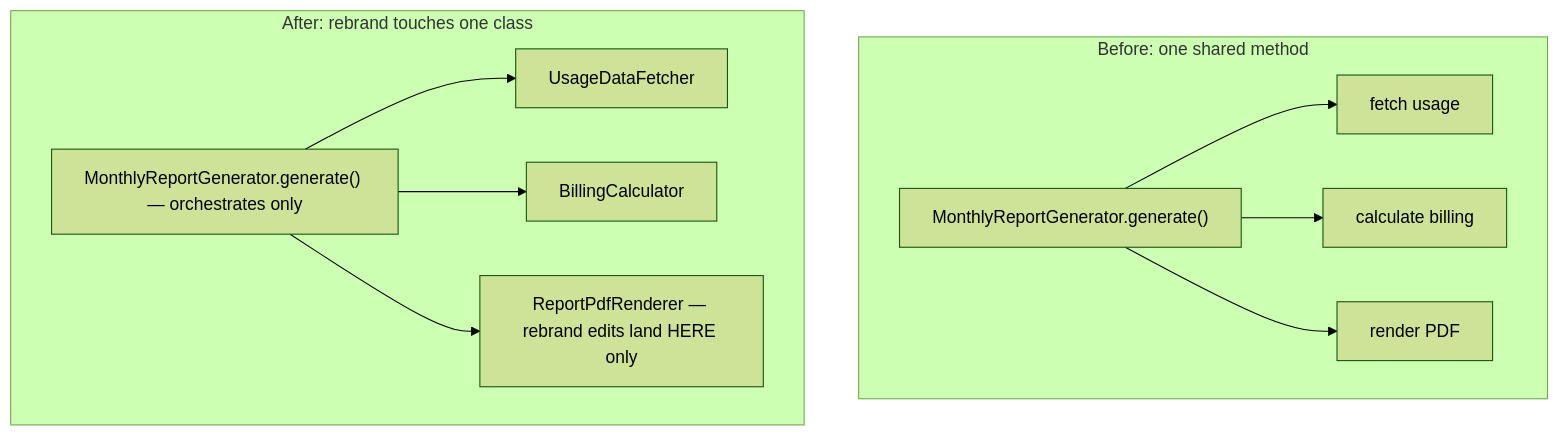
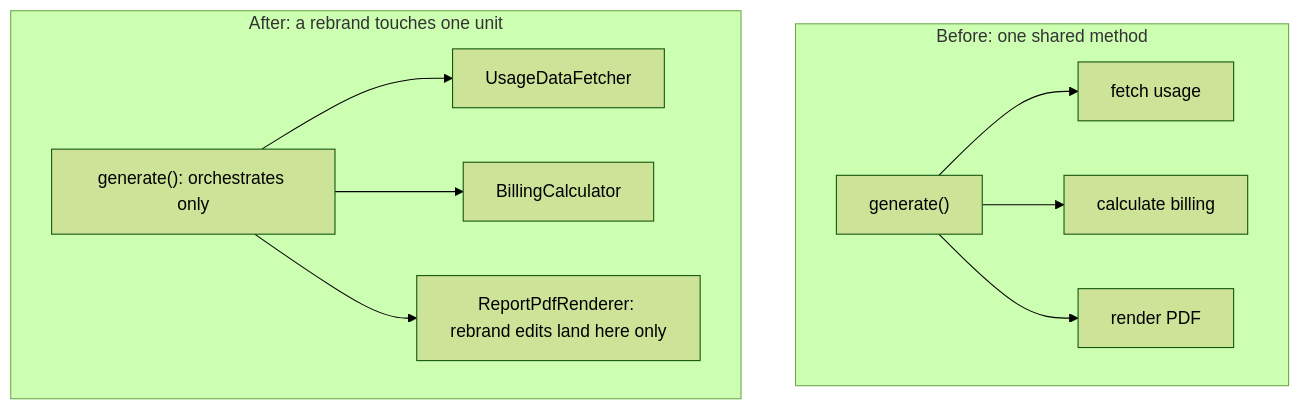
One commit to francoandreDev/knowledge changed the second of 3 diagrams in src/content/software-design/single-responsibility/L3-deep-dive.mdx. Above: the diagram before and after it, drawn with Mermaid (forest theme). The commit also changed other lines of this file and 20 other files, not shown here.

````diff
--- a/src/content/software-design/single-responsibility/L3-deep-dive.mdx
+++ b/src/content/software-design/single-responsibility/L3-deep-dive.mdx
@@ -125,13 +98,13 @@
 ```mermaid
 flowchart TD
     subgraph Before["Before: one shared method"]
-        M["MonthlyReportGenerator.generate()"] --> F1["fetch usage"]
+        M["generate()"] --> F1["fetch usage"]
         M --> C1["calculate billing"]
         M --> R1["render PDF"]
     end
-    subgraph After["After: rebrand touches one class"]
-        G["MonthlyReportGenerator.generate() — orchestrates only"] --> UF["UsageDataFetcher"]
+    subgraph After["After: a rebrand touches one unit"]
+        G["generate(): orchestrates only"] --> UF["UsageDataFetcher"]
         G --> BC["BillingCalculator"]
-        G --> RR["ReportPdfRenderer — rebrand edits land HERE only"]
+        G --> RR["ReportPdfRenderer: rebrand edits land here only"]
     end
 ```
````
